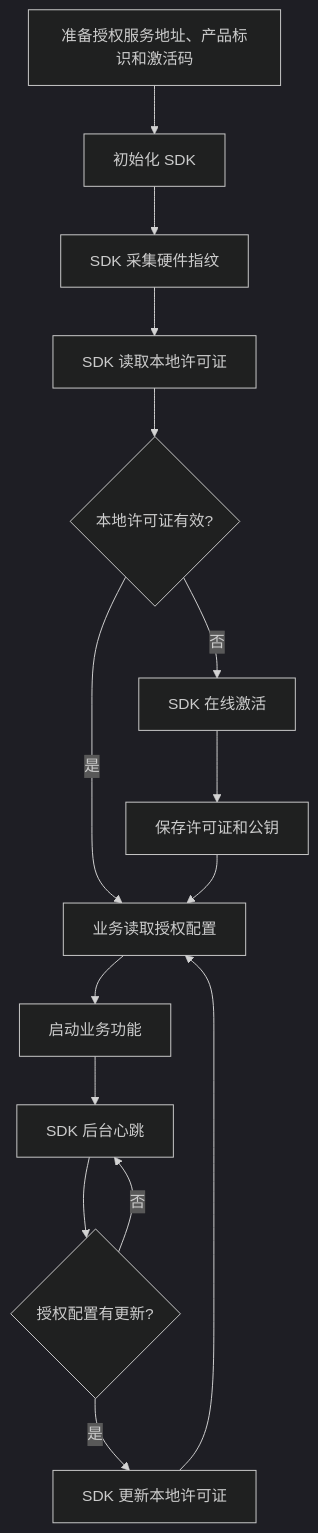
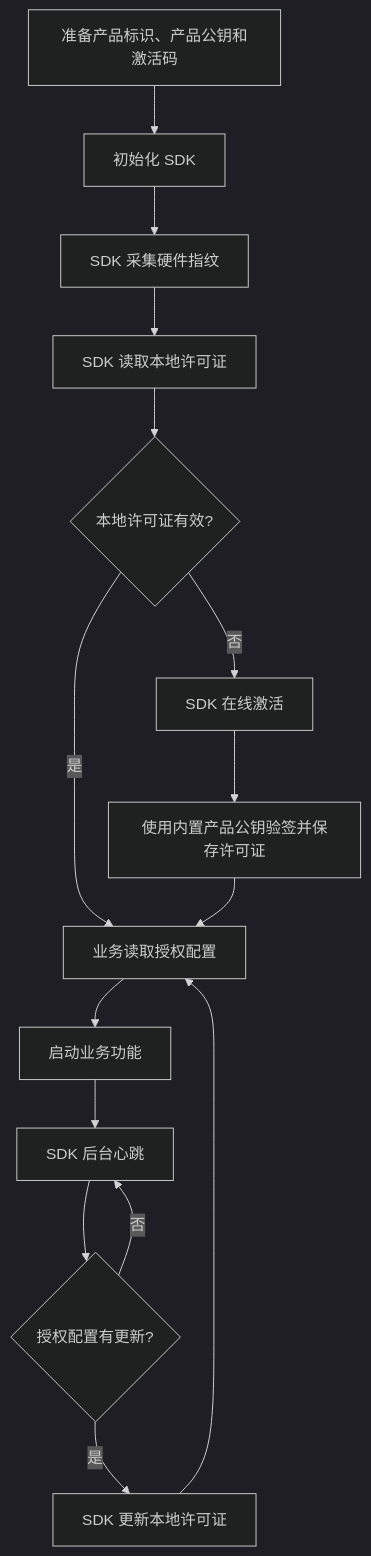
One commit to cedar-v/license-manager-docs changed the diagram in docs/developer/sdk/index.md. Above: the diagram before and after it, drawn with Mermaid (dark theme). The commit also changed other lines of this file and 18 other files, not shown here.

````diff
--- a/docs/developer/sdk/index.md
+++ b/docs/developer/sdk/index.md
@@ -35,17 +35,17 @@
 ```mermaid
 flowchart TD
-    A["准备授权服务地址、产品标识和激活码"] --> B["初始化 SDK"]
+    A["准备产品标识、产品公钥和激活码"] --> B["初始化 SDK"]
     B --> C["SDK 采集硬件指纹"]
     C --> D["SDK 读取本地许可证"]
     D --> E{"本地许可证有效?"}
     E -->|是| F["业务读取授权配置"]
     E -->|否| G["SDK 在线激活"]
-    G --> H["保存许可证和公钥"]
+    G --> H["使用内置产品公钥验签并保存许可证"]
     H --> F
     F --> I["启动业务功能"]
     I --> J["SDK 后台心跳"]
     J --> K{"授权配置有更新?"}
     K -->|是| L["SDK 更新本地许可证"]
     K -->|否| J
     L --> F
 ```
````
